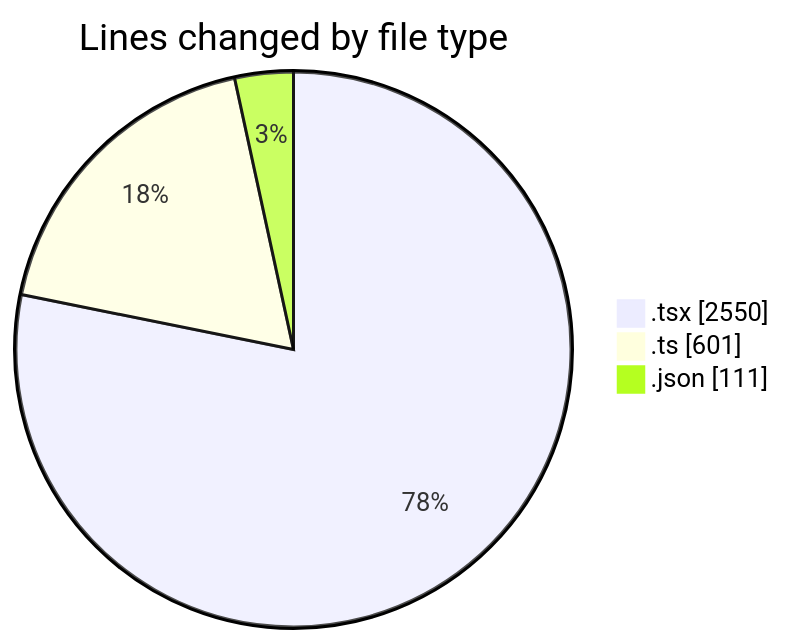
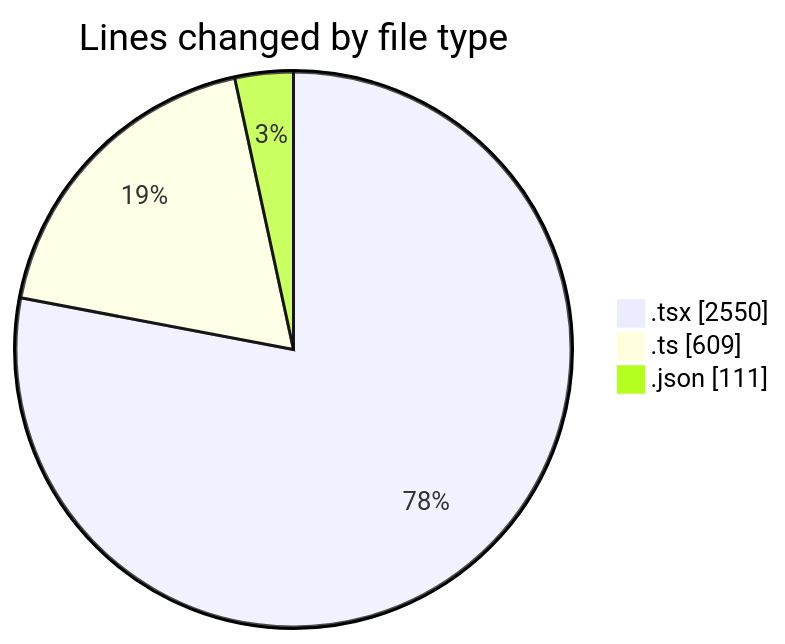
The first of 2 diagrams in 2025-11-08/eventscop-frontend-guide__workspace_/README.md (julien-gomy/code-tracking), drawn with Mermaid before and after one commit. The commit also changed other lines of this file and 1 other file, not shown here.

````diff
--- a/2025-11-08/eventscop-frontend-guide__workspace_/README.md
+++ b/2025-11-08/eventscop-frontend-guide__workspace_/README.md
@@ -42,7 +42,7 @@
 ```mermaid
 pie showData
 title Lines changed by file type
 ".tsx" : 2550
-".ts" : 601
+".ts" : 609
 ".json" : 111
 ```
````
